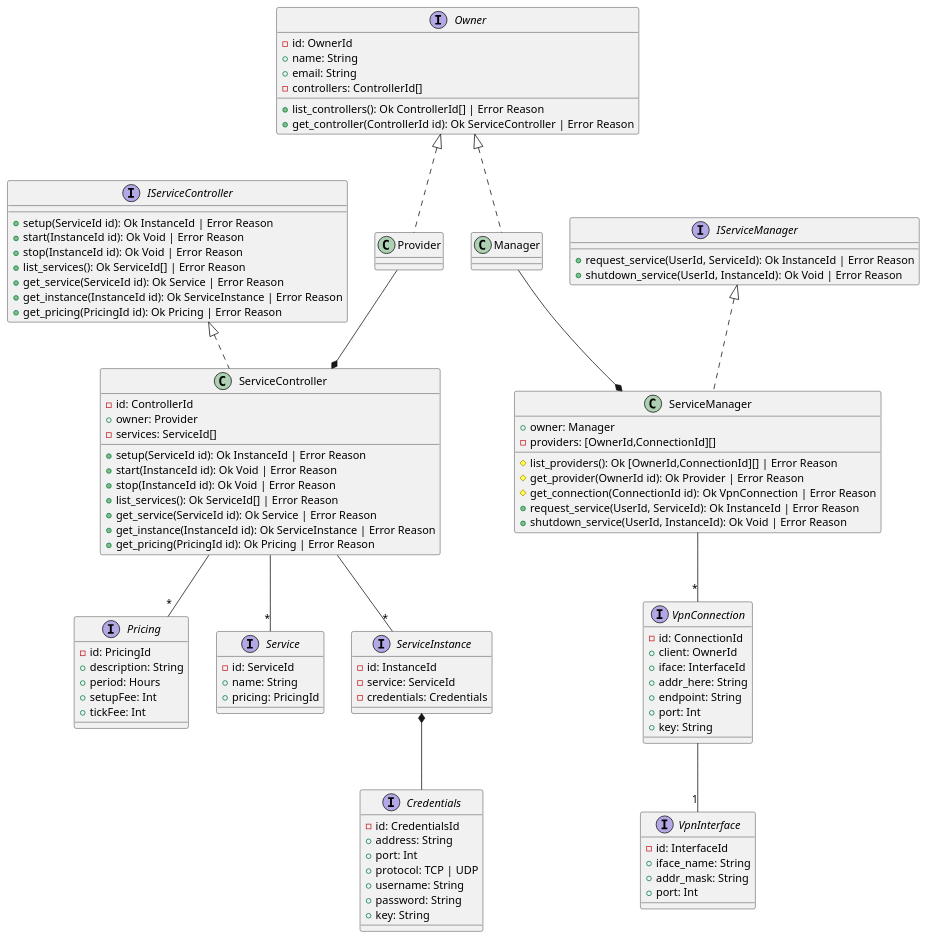
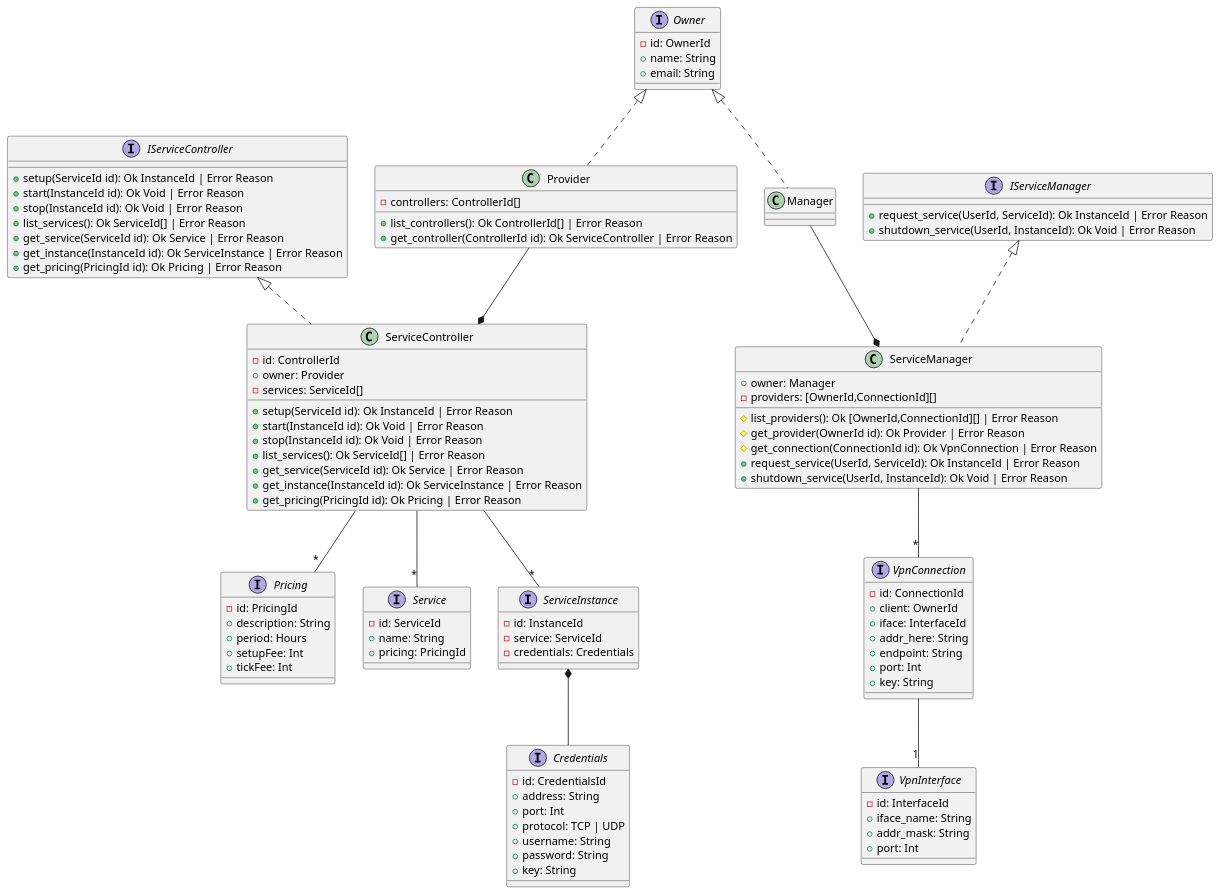
The fifth of 6 diagrams in doc/img/UC2.puml (Blockchain-Data-Analytics/BCA-Service-Tokenization), drawn with PlantUML before and after one commit. The commit also changed 10 other files, not shown here.

```diff
--- a/doc/img/UC2.puml
+++ b/doc/img/UC2.puml
@@ -118,115 +118,116 @@
 @startuml Iface-Service-Controller
 
 interface Pricing {
     -id: PricingId
     +description: String
     +period: Hours
     +setupFee: Int
     +tickFee: Int
 }
 
 interface Service {
     -id: ServiceId
     +name: String
     +pricing: PricingId
 }
 
 interface Credentials {
     -id: CredentialsId
     +address: String
     +port: Int
     +protocol: TCP | UDP
     +username: String
     +password: String
     +key: String
 }
 
 interface ServiceInstance {
     -id: InstanceId
     -service: ServiceId
     -credentials: Credentials
 }
 
 interface Owner {
     -id: OwnerId
     +name: String
     +email: String
-    -controllers: ControllerId[]
-    +list_controllers(): Ok ControllerId[] | Error Reason
-    +get_controller(ControllerId id): Ok ServiceController | Error Reason
 }
 
 interface IServiceController {
     +setup(ServiceId id): Ok InstanceId | Error Reason
     +start(InstanceId id): Ok Void | Error Reason
     +stop(InstanceId id): Ok Void | Error Reason
     +list_services(): Ok ServiceId[] | Error Reason
     +get_service(ServiceId id): Ok Service | Error Reason
     +get_instance(InstanceId id): Ok ServiceInstance | Error Reason
     +get_pricing(PricingId id): Ok Pricing | Error Reason
 }
 class ServiceController {
     -id: ControllerId
     +owner: Provider
     -services: ServiceId[]
     +setup(ServiceId id): Ok InstanceId | Error Reason
     +start(InstanceId id): Ok Void | Error Reason
     +stop(InstanceId id): Ok Void | Error Reason
     +list_services(): Ok ServiceId[] | Error Reason
     +get_service(ServiceId id): Ok Service | Error Reason
     +get_instance(InstanceId id): Ok ServiceInstance | Error Reason
     +get_pricing(PricingId id): Ok Pricing | Error Reason
 }
 
 interface IServiceManager {
     +request_service(UserId, ServiceId): Ok InstanceId | Error Reason
     +shutdown_service(UserId, InstanceId): Ok Void | Error Reason
 }
 class ServiceManager {
     +owner: Manager
     -providers: [OwnerId,ConnectionId][]
     #list_providers(): Ok [OwnerId,ConnectionId][] | Error Reason
     #get_provider(OwnerId id): Ok Provider | Error Reason
     #get_connection(ConnectionId id): Ok VpnConnection | Error Reason
     +request_service(UserId, ServiceId): Ok InstanceId | Error Reason
     +shutdown_service(UserId, InstanceId): Ok Void | Error Reason
 }
 
 class ServiceManager implements IServiceManager
 class ServiceController implements IServiceController
 class Manager implements Owner
-class Provider implements Owner
+class Provider implements Owner {
+    -controllers: ControllerId[]
+    +list_controllers(): Ok ControllerId[] | Error Reason
+    +get_controller(ControllerId id): Ok ServiceController | Error Reason
+}
 
 interface VpnInterface {
     -id: InterfaceId
     +iface_name: String
     +addr_mask: String
     +port: Int
 }
 interface VpnConnection {
     -id: ConnectionId
     +client: OwnerId
     +iface: InterfaceId
     +addr_here: String
     +endpoint: String
     +port: Int
     +key: String
 }
 
 Manager -d-* ServiceManager
 Provider -d-* ServiceController
 
 
 ServiceController -- "*" Service 
 ServiceController -- "*" ServiceInstance 
 ServiceController -- "*" Pricing 
 
 ' ServiceInstance "*" -- "1" Service
 ' Service -l- "1" Pricing
 
 ServiceInstance *-- Credentials
 
 VpnConnection -- "1" VpnInterface
 ServiceManager -- "*" VpnConnection
 
 @enduml
```
